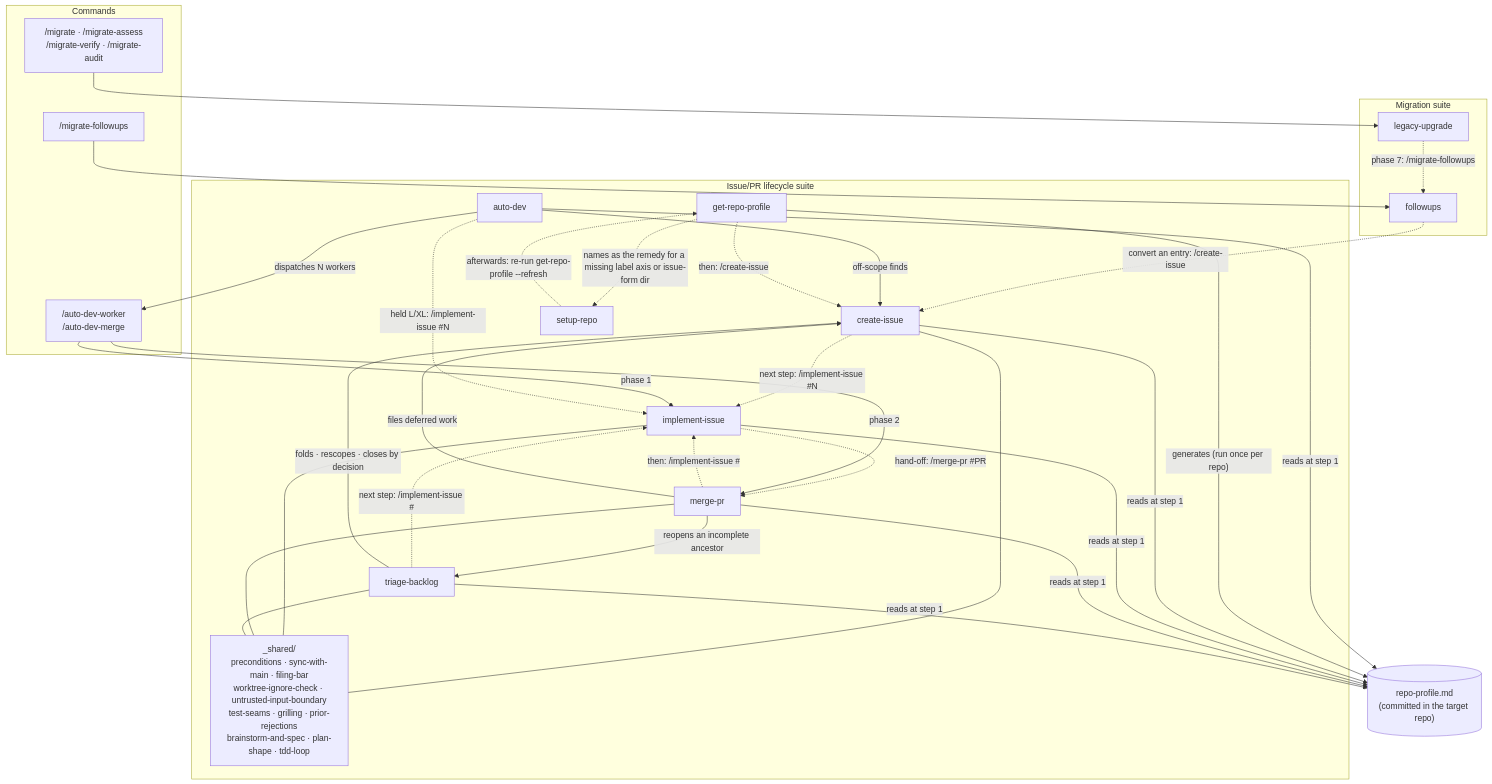
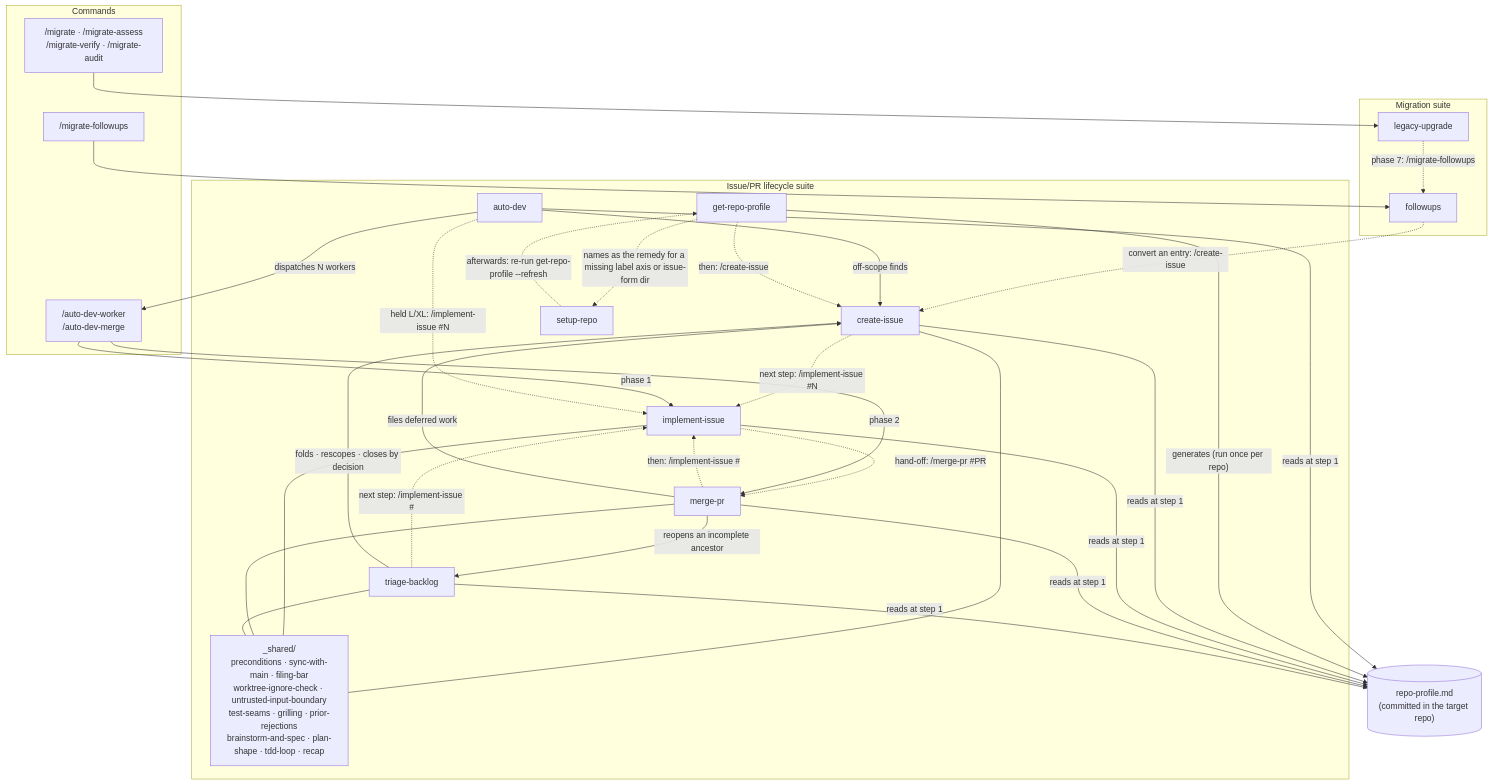
The first of 2 diagrams in ARCHITECTURE.md (phmatray/ai-migration-kit), drawn with Mermaid before and after one commit. The commit also changed other lines of this file and 14 other files, not shown here.

````diff
--- a/ARCHITECTURE.md
+++ b/ARCHITECTURE.md
@@ -16,56 +16,56 @@
 ```mermaid
 graph TD
     subgraph commands ["Commands"]
         M["/migrate · /migrate-assess<br>/migrate-verify · /migrate-audit"]
         MF["/migrate-followups"]
         AW["/auto-dev-worker<br>/auto-dev-merge"]
     end
 
     subgraph migration ["Migration suite"]
         LU[legacy-upgrade]
         FU[followups]
     end
 
     subgraph lifecycle ["Issue/PR lifecycle suite"]
         AD[auto-dev]
         CI[create-issue]
         II[implement-issue]
         MP[merge-pr]
         TB[triage-backlog]
         RP[get-repo-profile]
         SR[setup-repo]
-        SH["_shared/<br>preconditions · sync-with-main · filing-bar<br>worktree-ignore-check · untrusted-input-boundary<br>test-seams · grilling · prior-rejections<br>brainstorm-and-spec · plan-shape · tdd-loop"]
+        SH["_shared/<br>preconditions · sync-with-main · filing-bar<br>worktree-ignore-check · untrusted-input-boundary<br>test-seams · grilling · prior-rejections<br>brainstorm-and-spec · plan-shape · tdd-loop · recap"]
     end
 
     PROF[("repo-profile.md<br>(committed in the target repo)")]
 
     M --> LU
     MF --> FU
     LU -. "phase 7: /migrate-followups" .-> FU
     FU -. "convert an entry: /create-issue" .-> CI
     CI -. "next step: /implement-issue #N" .-> II
     II -. "hand-off: /merge-pr #PR" .-> MP
     MP -. "then: /implement-issue #<next>" .-> II
     TB -. "next step: /implement-issue #<kept>" .-> II
     MP -- "files deferred work" --> CI
     AD -- "dispatches N workers" --> AW
     AW -- "phase 1" --> II
     AW -- "phase 2" --> MP
     AD -- "off-scope finds" --> CI
     AD -. "held L/XL: /implement-issue #N" .-> II
     AD -- "reads at step 1" --> PROF
     RP -- "generates (run once per repo)" --> PROF
     RP -. "names as the remedy for a missing label axis or issue-form dir" .-> SR
     RP -. "then: /create-issue <idea>" .-> CI
     SR -. "afterwards: re-run get-repo-profile --refresh" .-> RP
     CI -- "reads at step 1" --> PROF
     II -- "reads at step 1" --> PROF
     MP -- "reads at step 1" --> PROF
     MP -- "reopens an incomplete ancestor" --> TB
     TB -- "folds · rescopes · closes by decision" --> CI
     TB -- "reads at step 1" --> PROF
     CI --- SH
     II --- SH
     MP --- SH
     TB --- SH
 ```
````
